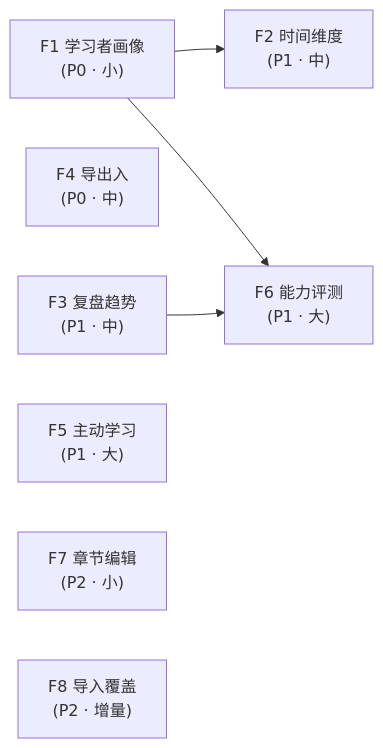
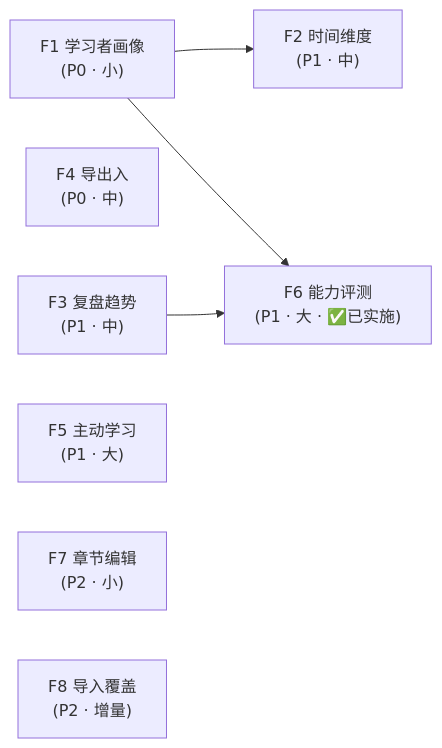
One commit to JackXuyi/Personal-Learning-OS changed the diagram in docs/roadmap-next-features-plan-2026-09.md. Above: the diagram before and after it, drawn with Mermaid. The commit also changed other lines of this file and 5 other files, not shown here.

First line of the commit message:
docs: F6 实施结果 + README 29/15 + roadmap / 业务流文档同步

````diff
--- a/docs/roadmap-next-features-plan-2026-09.md
+++ b/docs/roadmap-next-features-plan-2026-09.md
@@ -327,19 +334,19 @@
 ```mermaid
 flowchart LR
     F1["F1 学习者画像<br/>(P0 · 小)"]
     F4["F4 导出入<br/>(P0 · 中)"]
     F3["F3 复盘趋势<br/>(P1 · 中)"]
     F2["F2 时间维度<br/>(P1 · 中)"]
     F5["F5 主动学习<br/>(P1 · 大)"]
-    F6["F6 能力评测<br/>(P1 · 大)"]
+    F6["F6 能力评测<br/>(P1 · 大 · ✅已实施)"]
     F7["F7 章节编辑<br/>(P2 · 小)"]
     F8["F8 导入覆盖<br/>(P2 · 增量)"]
 
     F1 --> F2
     F1 --> F6
     F3 --> F6
     F4
     F5
     F7
     F8
 ```
````
